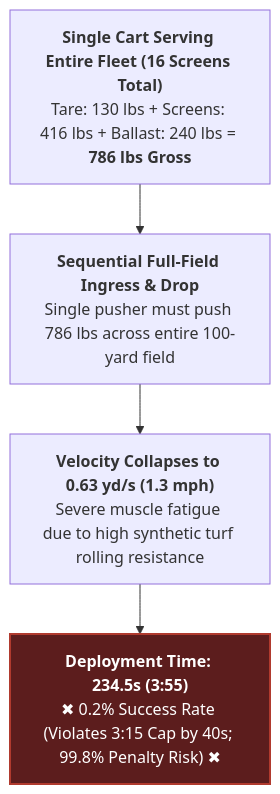
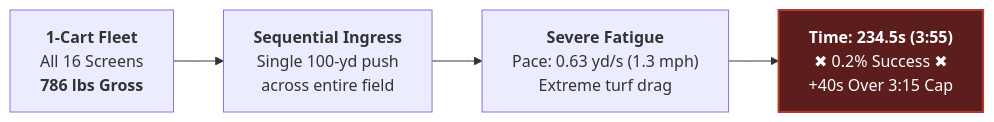
Before and after one commit to ericrowe/music: the second of 3 diagrams in PCHSMB/_Sideline Screen/docs/references/FIELD_LOGISTICS_AND_TIMING_ANALYSIS.md, drawn with Mermaid. The commit also changed other lines of this file and 2 other files, not shown here.

Commit message:
docs(sideline-screen): convert Section 3 flowcharts to compact horizontal (LR) layout

````diff
--- a/PCHSMB/_Sideline Screen/docs/references/FIELD_LOGISTICS_AND_TIMING_ANALYSIS.md
+++ b/PCHSMB/_Sideline Screen/docs/references/FIELD_LOGISTICS_AND_TIMING_ANALYSIS.md
@@ -147,11 +147,11 @@
 ```mermaid
-flowchart TD
-    OC1["<b>Single Cart Serving Entire Fleet (16 Screens Total)</b><br/>Tare: 130 lbs + Screens: 416 lbs + Ballast: 240 lbs = <b>786 lbs Gross</b>"]
-    OC2["<b>Sequential Full-Field Ingress & Drop</b><br/>Single pusher must push 786 lbs across entire 100-yard field"]
-    OC3["<b>Velocity Collapses to 0.63 yd/s (1.3 mph)</b><br/>Severe muscle fatigue due to high synthetic turf rolling resistance"]
-    OC4["<b>Deployment Time: 234.5s (3:55)</b><br/>✖ 0.2% Success Rate (Violates 3:15 Cap by 40s; 99.8% Penalty Risk) ✖"]
+flowchart LR
+    OC1["<b>1-Cart Fleet</b><br/>All 16 Screens<br/><b>786 lbs Gross</b>"]
+    OC2["<b>Sequential Ingress</b><br/>Single 100-yd push<br/>across entire field"]
+    OC3["<b>Severe Fatigue</b><br/>Pace: 0.63 yd/s (1.3 mph)<br/>Extreme turf drag"]
+    OC4["<b>Time: 234.5s (3:55)</b><br/>✖ 0.2% Success ✖<br/>+40s Over 3:15 Cap"]
     OC1 --> OC2 --> OC3 --> OC4
 
     classDef fail fill:#5c1d1d,stroke:#b03a2e,stroke-width:2px,color:#fff;
     class OC4 fail;
 ```
````
